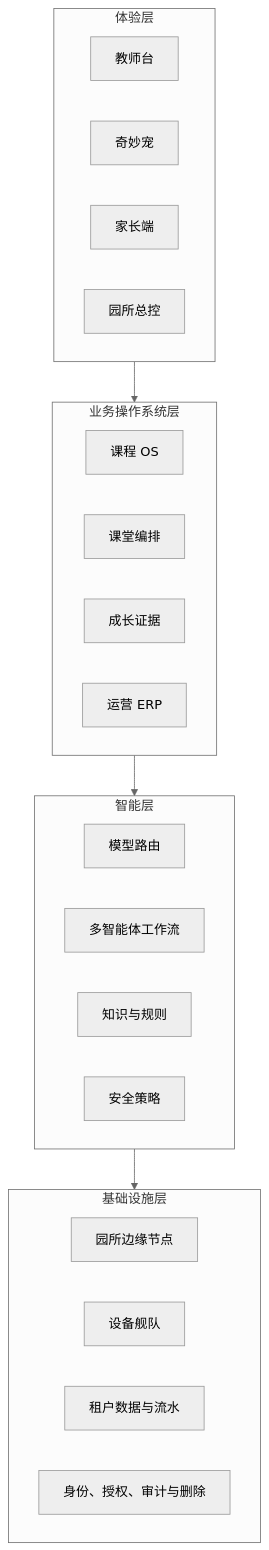
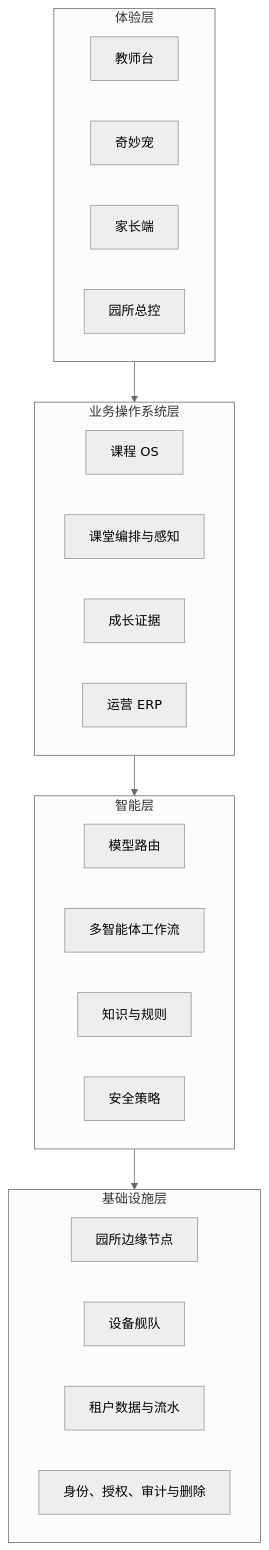
Before and after one commit to LinuxZhou93/ai-playground: the second of 2 diagrams in docs/xmp/XMP_PRODUCT_DOSSIER.md, drawn with Mermaid (neutral theme). The commit also changed other lines of this file and 23 other files, not shown here.

````diff
--- a/docs/xmp/XMP_PRODUCT_DOSSIER.md
+++ b/docs/xmp/XMP_PRODUCT_DOSSIER.md
@@ -79,28 +82,28 @@
 ```mermaid
 flowchart TB
   subgraph Experience["体验层"]
     T["教师台"]
     K["奇妙宠"]
     P["家长端"]
     O["园所总控"]
   end
   subgraph OS["业务操作系统层"]
     C["课程 OS"]
-    L["课堂编排"]
+    L["课堂编排与感知"]
     G["成长证据"]
     E["运营 ERP"]
   end
   subgraph Intelligence["智能层"]
     M["模型路由"]
     A["多智能体工作流"]
     R["知识与规则"]
     S["安全策略"]
   end
   subgraph Infrastructure["基础设施层"]
     D["园所边缘节点"]
     F["设备舰队"]
     DB["租户数据与流水"]
     TR["身份、授权、审计与删除"]
   end
   Experience --> OS --> Intelligence --> Infrastructure
 ```
````
